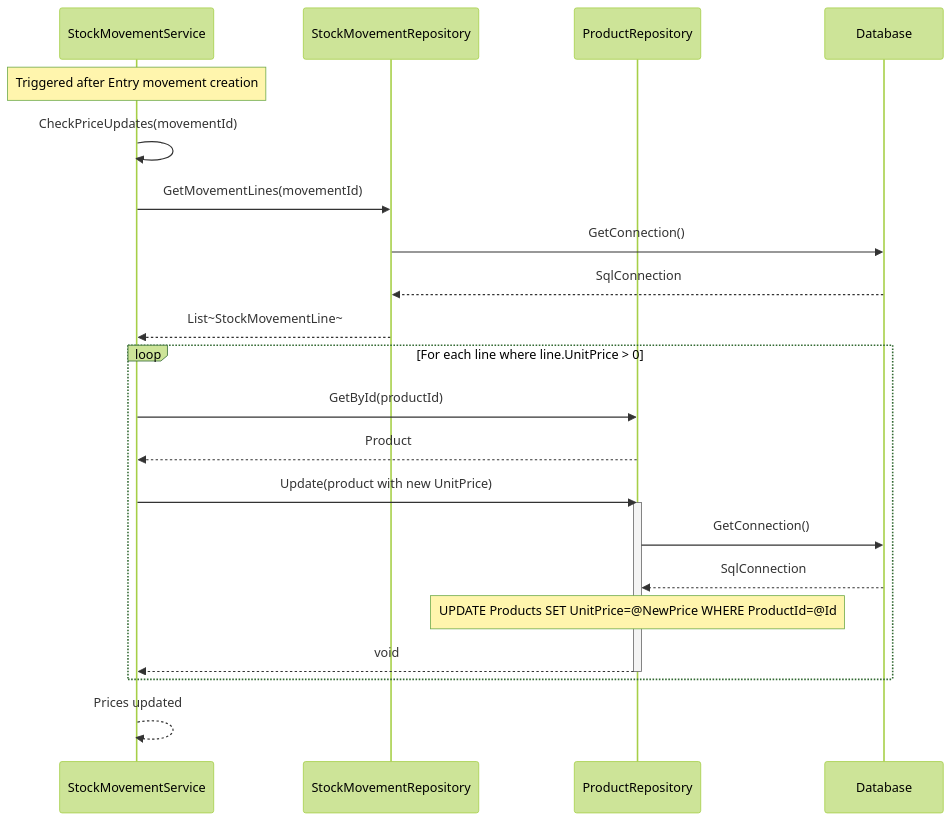
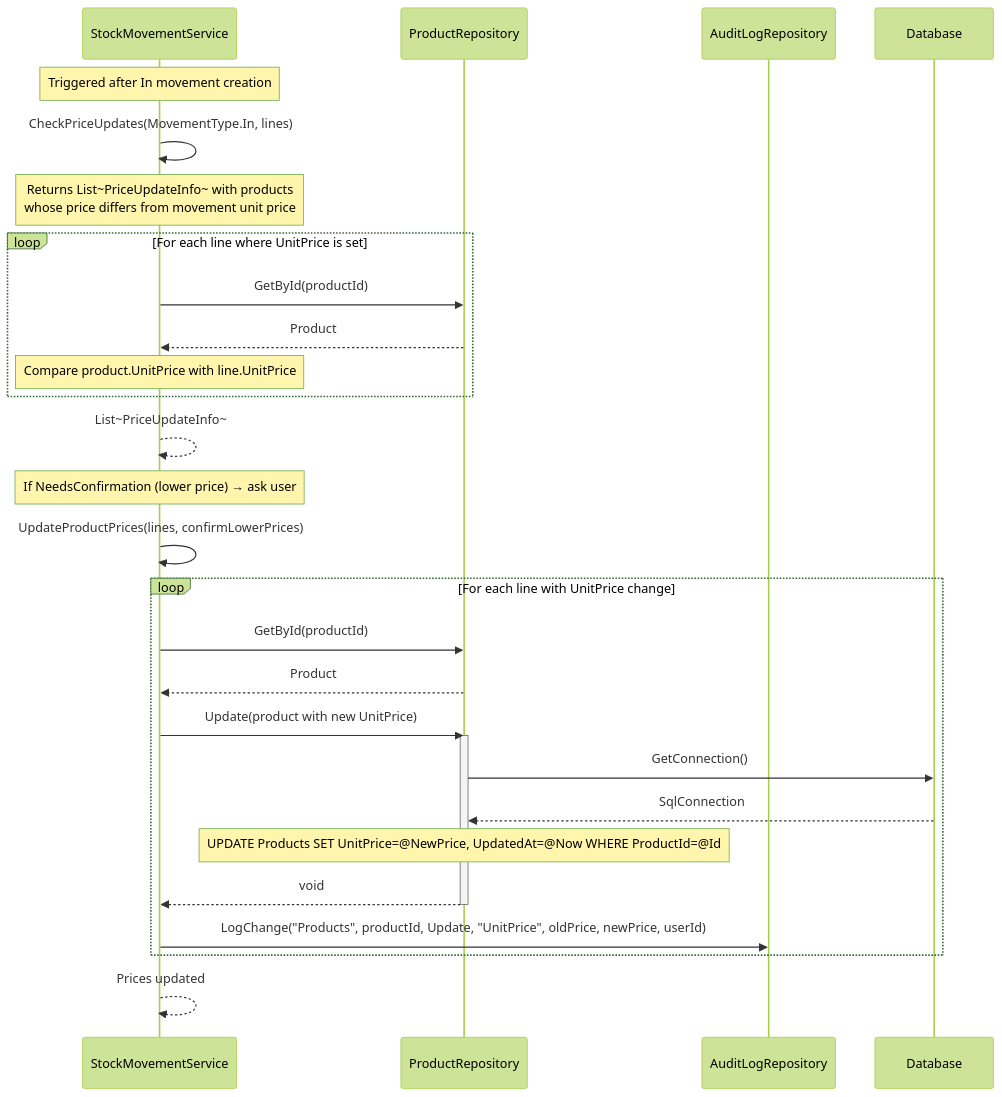
The seventh of 9 diagrams in Documentation/UML_Diagrams/08_Stock_Movement_Process_Sequence_Diagram.md (nahuk86/tp_diploma_nk_2026), drawn with Mermaid (forest theme) before and after one commit. The commit also changed other lines of this file and 4 other files, not shown here.

Commit message:
Update UML diagrams 08-12 to reflect actual implementation

````diff
--- a/Documentation/UML_Diagrams/08_Stock_Movement_Process_Sequence_Diagram.md
+++ b/Documentation/UML_Diagrams/08_Stock_Movement_Process_Sequence_Diagram.md
@@ -207,26 +210,33 @@
 ```mermaid
 sequenceDiagram
     participant SVC as StockMovementService
-    participant MREPO as StockMovementRepository
     participant PREPO as ProductRepository
+    participant AuditRepo as AuditLogRepository
     participant DB as Database
 
-    Note over SVC: Triggered after Entry movement creation
-    SVC->>SVC: CheckPriceUpdates(movementId)
-    SVC->>MREPO: GetMovementLines(movementId)
-    MREPO->>DB: GetConnection()
-    DB-->>MREPO: SqlConnection
-    MREPO-->>SVC: List~StockMovementLine~
-    loop For each line where line.UnitPrice > 0
+    Note over SVC: Triggered after In movement creation
+    SVC->>SVC: CheckPriceUpdates(MovementType.In, lines)
+    Note over SVC: Returns List~PriceUpdateInfo~ with products<br/>whose price differs from movement unit price
+    loop For each line where UnitPrice is set
+        SVC->>PREPO: GetById(productId)
+        PREPO-->>SVC: Product
+        Note over SVC: Compare product.UnitPrice with line.UnitPrice
+    end
+    SVC-->>SVC: List~PriceUpdateInfo~
+
+    Note over SVC: If NeedsConfirmation (lower price) → ask user
+    SVC->>SVC: UpdateProductPrices(lines, confirmLowerPrices)
+    loop For each line with UnitPrice change
         SVC->>PREPO: GetById(productId)
         PREPO-->>SVC: Product
         SVC->>PREPO: Update(product with new UnitPrice)
         activate PREPO
         PREPO->>DB: GetConnection()
         DB-->>PREPO: SqlConnection
-        Note over PREPO: UPDATE Products SET UnitPrice=@NewPrice WHERE ProductId=@Id
+        Note over PREPO: UPDATE Products SET UnitPrice=@NewPrice, UpdatedAt=@Now WHERE ProductId=@Id
         PREPO-->>SVC: void
         deactivate PREPO
+        SVC->>AuditRepo: LogChange("Products", productId, Update, "UnitPrice", oldPrice, newPrice, userId)
     end
     SVC-->>SVC: Prices updated
 ```
````
